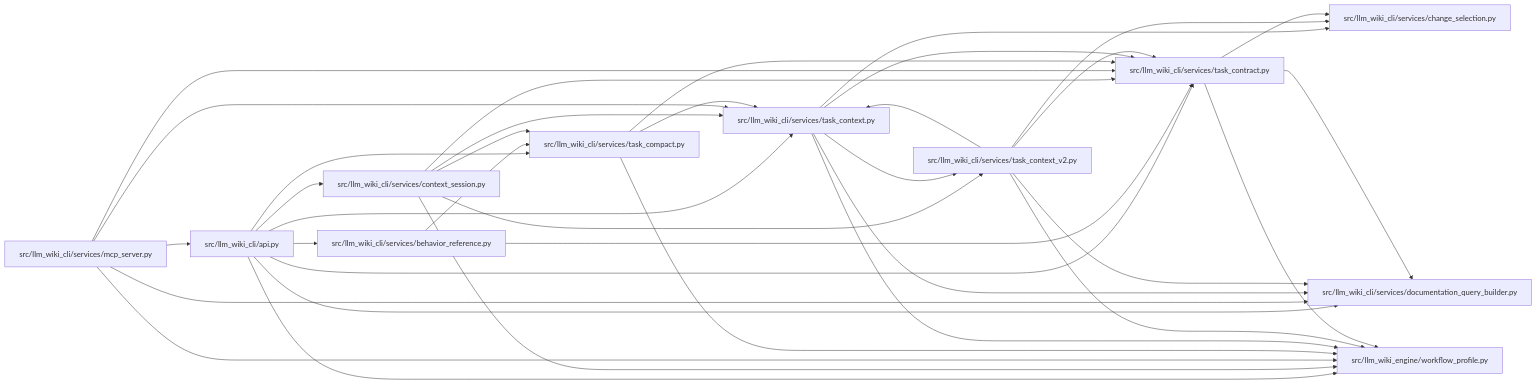
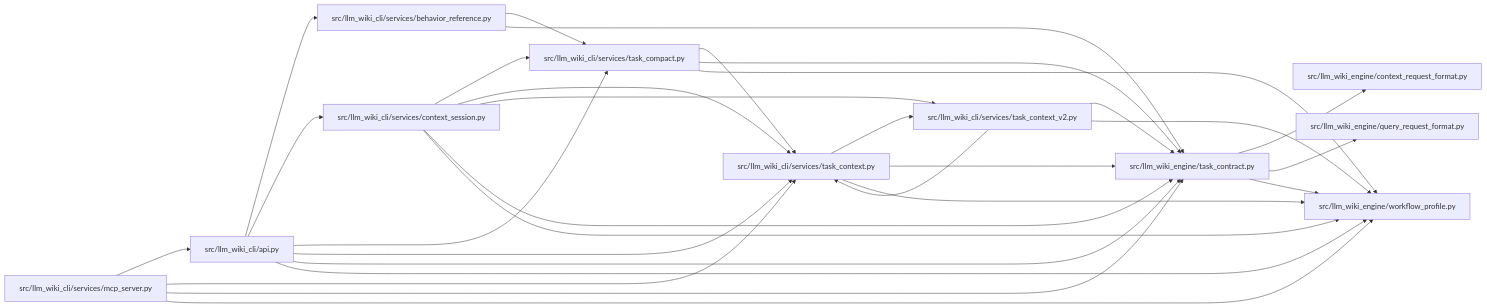
The diagram in docs/llm_wiki/modules/task_contract.md (Denissvgn/python-wiki-llm), drawn with Mermaid before and after one commit. The commit also changed other lines of this file and 648 other files, not shown here.

Commit message:
docs: refresh the wiki for the engine task contract and search

````diff
--- a/docs/llm_wiki/modules/task_contract.md
+++ b/docs/llm_wiki/modules/task_contract.md
@@ -26,60 +26,54 @@
 ```mermaid
 flowchart LR
     n0["src/llm_wiki_cli/api.py"]
     n1["src/llm_wiki_cli/services/behavior_reference.py"]
-    n2["src/llm_wiki_cli/services/change_selection.py"]
-    n3["src/llm_wiki_cli/services/context_session.py"]
-    n4["src/llm_wiki_cli/services/documentation_query_builder.py"]
-    n5["src/llm_wiki_cli/services/mcp_server.py"]
-    n6["src/llm_wiki_cli/services/task_compact.py"]
-    n7["src/llm_wiki_cli/services/task_context.py"]
-    n8["src/llm_wiki_cli/services/task_context_v2.py"]
-    n9["src/llm_wiki_cli/services/task_contract.py"]
+    n2["src/llm_wiki_cli/services/context_session.py"]
+    n3["src/llm_wiki_cli/services/mcp_server.py"]
+    n4["src/llm_wiki_cli/services/task_compact.py"]
+    n5["src/llm_wiki_cli/services/task_context.py"]
+    n6["src/llm_wiki_cli/services/task_context_v2.py"]
+    n7["src/llm_wiki_engine/context_request_format.py"]
+    n8["src/llm_wiki_engine/query_request_format.py"]
+    n9["src/llm_wiki_engine/task_contract.py"]
     n10["src/llm_wiki_engine/workflow_profile.py"]
     n0 --> n1
-    n0 --> n3
+    n0 --> n2
     n0 --> n4
-    n0 --> n6
-    n0 --> n7
+    n0 --> n5
     n0 --> n9
     n0 --> n10
-    n1 --> n6
+    n1 --> n4
     n1 --> n9
-    n3 --> n6
-    n3 --> n7
-    n3 --> n8
+    n2 --> n4
+    n2 --> n5
+    n2 --> n6
+    n2 --> n9
+    n2 --> n10
+    n3 --> n0
+    n3 --> n5
     n3 --> n9
     n3 --> n10
-    n5 --> n0
-    n5 --> n4
-    n5 --> n7
+    n4 --> n5
+    n4 --> n9
+    n4 --> n10
+    n5 --> n6
     n5 --> n9
     n5 --> n10
-    n6 --> n7
+    n6 --> n5
     n6 --> n9
     n6 --> n10
-    n7 --> n2
-    n7 --> n4
-    n7 --> n8
-    n7 --> n9
-    n7 --> n10
-    n8 --> n2
-    n8 --> n4
-    n8 --> n7
-    n8 --> n9
-    n8 --> n10
-    n9 --> n2
-    n9 --> n4
+    n9 --> n7
+    n9 --> n8
     n9 --> n10
     click n0 "../modules/api.md"
     click n1 "../modules/behavior_reference.md"
-    click n2 "../modules/change_selection.md"
-    click n3 "../modules/context_session.md"
-    click n4 "../modules/documentation_query_builder.md"
-    click n5 "../modules/mcp_server.md"
-    click n6 "../modules/task_compact.md"
-    click n7 "../modules/task_context.md"
-    click n8 "../modules/task_context_v2.md"
+    click n2 "../modules/context_session.md"
+    click n3 "../modules/mcp_server.md"
+    click n4 "../modules/task_compact.md"
+    click n5 "../modules/task_context.md"
+    click n6 "../modules/task_context_v2.md"
+    click n7 "../modules/context_request_format.md"
+    click n8 "../modules/query_request_format.md"
     click n9 "../modules/task_contract.md"
     click n10 "../modules/workflow_profile.md"
 ```
````
